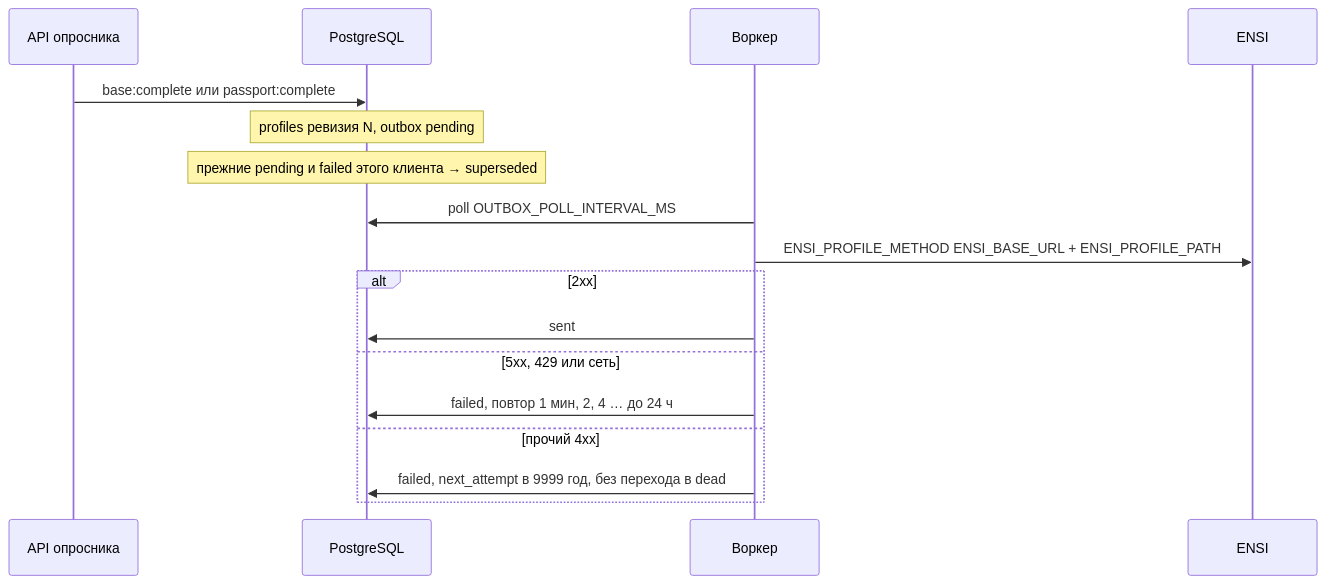
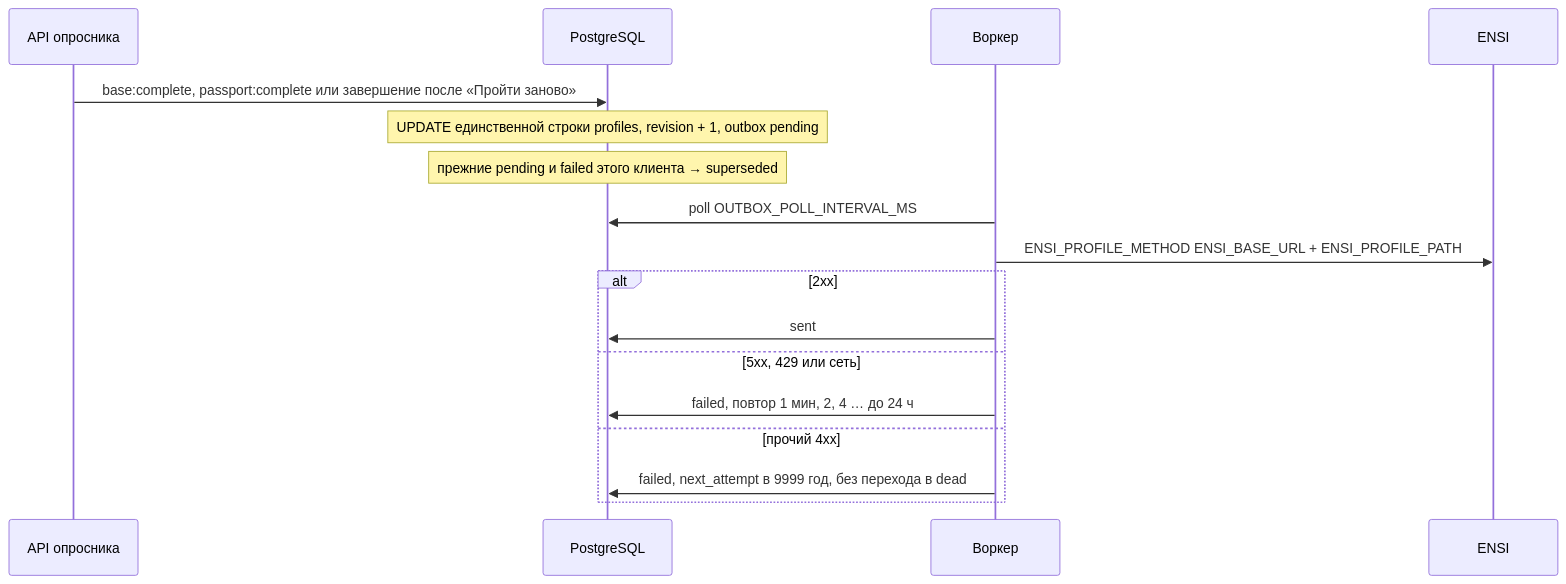
Before and after one commit to pomazkoff/idb-beauty-passport: the second of 5 diagrams in docs/API.md, drawn with Mermaid. The commit also changed other lines of this file and 12 other files, not shown here.

````diff
--- a/docs/API.md
+++ b/docs/API.md
@@ -156,20 +161,20 @@
 ```mermaid
 sequenceDiagram
   participant API as API опросника
   participant DB as PostgreSQL
   participant Worker as Воркер
   participant ENSI as ENSI
 
-  API->>DB: base:complete или passport:complete
-  Note over DB: profiles ревизия N, outbox pending
+  API->>DB: base:complete, passport:complete или завершение после «Пройти заново»
+  Note over DB: UPDATE единственной строки profiles, revision + 1, outbox pending
   Note over DB: прежние pending и failed этого клиента → superseded
   Worker->>DB: poll OUTBOX_POLL_INTERVAL_MS
   Worker->>ENSI: ENSI_PROFILE_METHOD ENSI_BASE_URL + ENSI_PROFILE_PATH
   alt 2xx
     Worker->>DB: sent
   else 5xx, 429 или сеть
     Worker->>DB: failed, повтор 1 мин, 2, 4 … до 24 ч
   else прочий 4xx
     Worker->>DB: failed, next_attempt в 9999 год, без перехода в dead
   end
 ```
````
